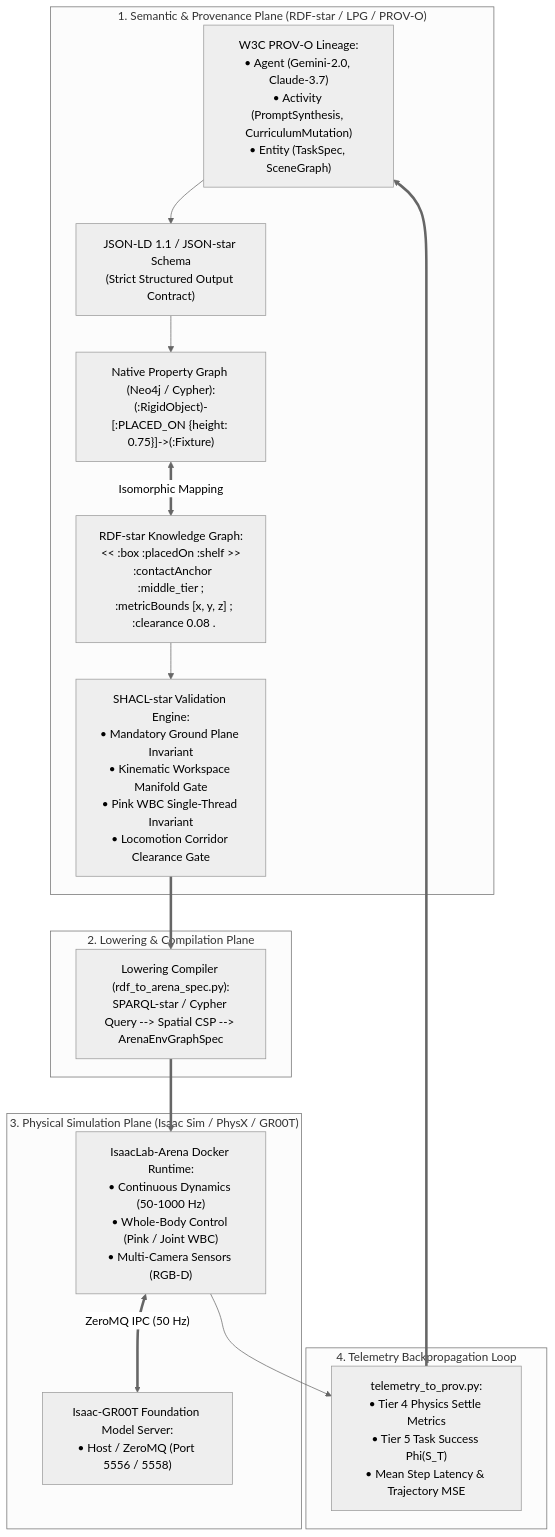
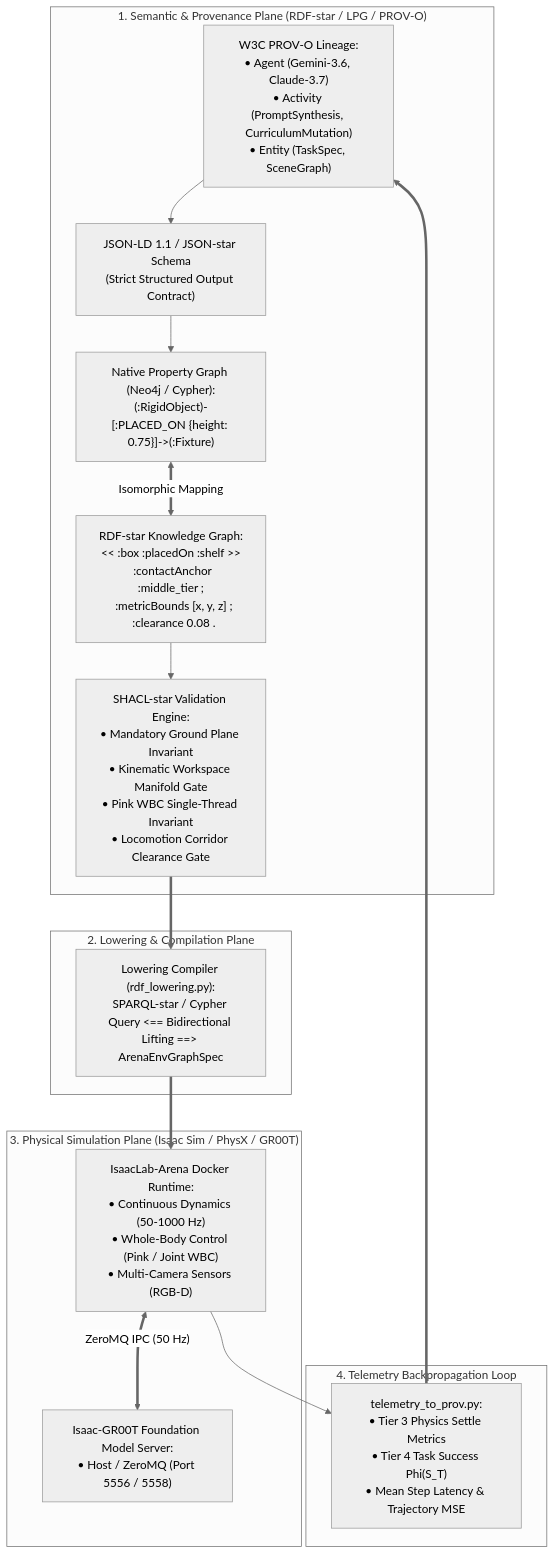
The first of 6 diagrams in .agents/references/agentic_env_generation/rdf_star_lpg_provo_plan.md (boredengineering/IsaacLab-Arena), drawn with Mermaid (neutral theme) before and after one commit. The commit also changed other lines of this file and 20 other files, not shown here.

Commit message:
debugging rdf-star

````diff
--- a/.agents/references/agentic_env_generation/rdf_star_lpg_provo_plan.md
+++ b/.agents/references/agentic_env_generation/rdf_star_lpg_provo_plan.md
@@ -20,30 +20,30 @@
 ```mermaid
 flowchart TD
     subgraph KNOWLEDGE_PLANE ["1. Semantic & Provenance Plane (RDF-star / LPG / PROV-O)"]
-        PROV["W3C PROV-O Lineage:\n• Agent (Gemini-2.0, Claude-3.7)\n• Activity (PromptSynthesis, CurriculumMutation)\n• Entity (TaskSpec, SceneGraph)"]
+        PROV["W3C PROV-O Lineage:\n• Agent (Gemini-3.6, Claude-3.7)\n• Activity (PromptSynthesis, CurriculumMutation)\n• Entity (TaskSpec, SceneGraph)"]
         JSON_LD["JSON-LD 1.1 / JSON-star Schema\n(Strict Structured Output Contract)"]
         LPG_STORE["Native Property Graph (Neo4j / Cypher):\n(:RigidObject)-[:PLACED_ON {height: 0.75}]->(:Fixture)"]
         RDF_STAR["RDF-star Knowledge Graph:\n<< :box :placedOn :shelf >>\n  :contactAnchor :middle_tier ;\n  :metricBounds [x, y, z] ;\n  :clearance 0.08 ."]
         SHACL["SHACL-star Validation Engine:\n• Mandatory Ground Plane Invariant\n• Kinematic Workspace Manifold Gate\n• Pink WBC Single-Thread Invariant\n• Locomotion Corridor Clearance Gate"]
         
         PROV --> JSON_LD --> LPG_STORE <== "Isomorphic Mapping" ==> RDF_STAR --> SHACL
     end
 
     subgraph COMPILER_PLANE ["2. Lowering & Compilation Plane"]
-        LOWER["Lowering Compiler (rdf_to_arena_spec.py):\nSPARQL-star / Cypher Query --> Spatial CSP --> ArenaEnvGraphSpec"]
+        LOWER["Lowering Compiler (rdf_lowering.py):\nSPARQL-star / Cypher Query <== Bidirectional Lifting ==> ArenaEnvGraphSpec"]
         SHACL ==> LOWER
     end
 
     subgraph SIMULATION_PLANE ["3. Physical Simulation Plane (Isaac Sim / PhysX / GR00T)"]
         DOCKER_SIM["IsaacLab-Arena Docker Runtime:\n• Continuous Dynamics (50-1000 Hz)\n• Whole-Body Control (Pink / Joint WBC)\n• Multi-Camera Sensors (RGB-D)"]
         GR00T_SRV["Isaac-GR00T Foundation Model Server:\n• Host / ZeroMQ (Port 5556 / 5558)"]
         LOWER ==> DOCKER_SIM
         DOCKER_SIM <== "ZeroMQ IPC (50 Hz)" ==> GR00T_SRV
     end
 
     subgraph TELEMETRY_PLANE ["4. Telemetry Backpropagation Loop"]
-        FEEDBACK["telemetry_to_prov.py:\n• Tier 4 Physics Settle Metrics\n• Tier 5 Task Success Phi(S_T)\n• Mean Step Latency & Trajectory MSE"]
+        FEEDBACK["telemetry_to_prov.py:\n• Tier 3 Physics Settle Metrics\n• Tier 4 Task Success Phi(S_T)\n• Mean Step Latency & Trajectory MSE"]
         DOCKER_SIM --> FEEDBACK
         FEEDBACK ==> PROV
     end
 ```
````
